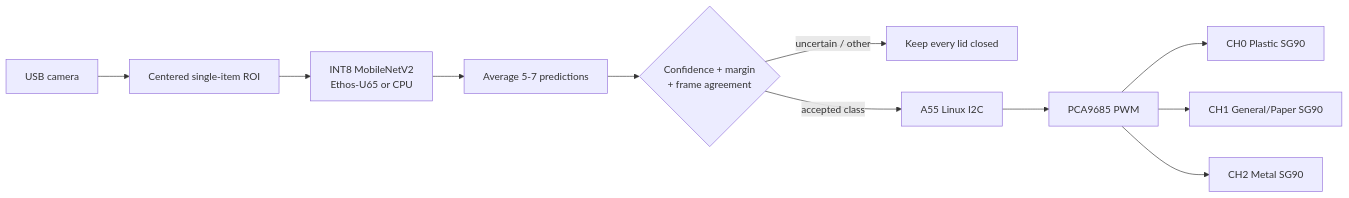
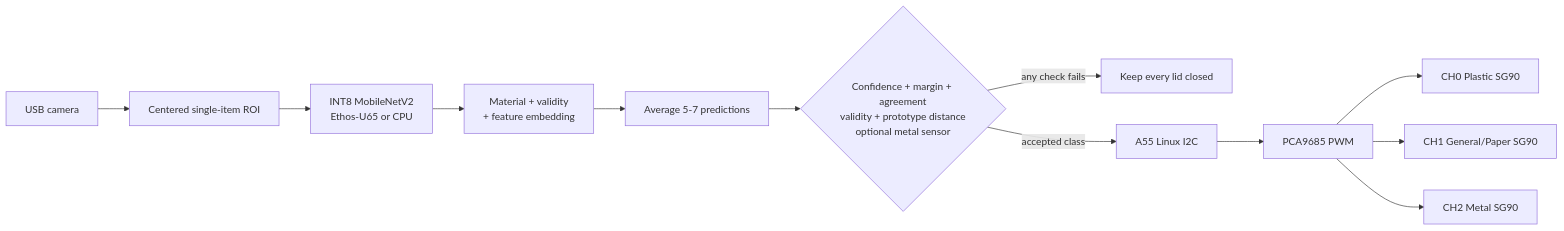
The diagram in README.md (Chris-lab-lab/ecosort-ai), drawn with Mermaid before and after one commit. The commit also changed other lines of this file and 15 other files, not shown here.

````diff
--- a/README.md
+++ b/README.md
@@ -17,13 +18,14 @@
 ```mermaid
 flowchart LR
     CAM[USB camera] --> ROI[Centered single-item ROI]
     ROI --> AI[INT8 MobileNetV2<br/>Ethos-U65 or CPU]
-    AI --> AVG[Average 5-7 predictions]
-    AVG --> RULES{Confidence + margin<br/>+ frame agreement}
-    RULES -->|uncertain / other| CLOSED[Keep every lid closed]
+    AI --> HEADS[Material + validity<br/>+ feature embedding]
+    HEADS --> AVG[Average 5-7 predictions]
+    AVG --> RULES{Confidence + margin + agreement<br/>validity + prototype distance<br/>optional metal sensor}
+    RULES -->|any check fails| CLOSED[Keep every lid closed]
     RULES -->|accepted class| I2C[A55 Linux I2C]
     I2C --> PWM[PCA9685 PWM]
     PWM --> S0[CH0 Plastic SG90]
     PWM --> S1[CH1 General/Paper SG90]
     PWM --> S2[CH2 Metal SG90]
 ```
````
